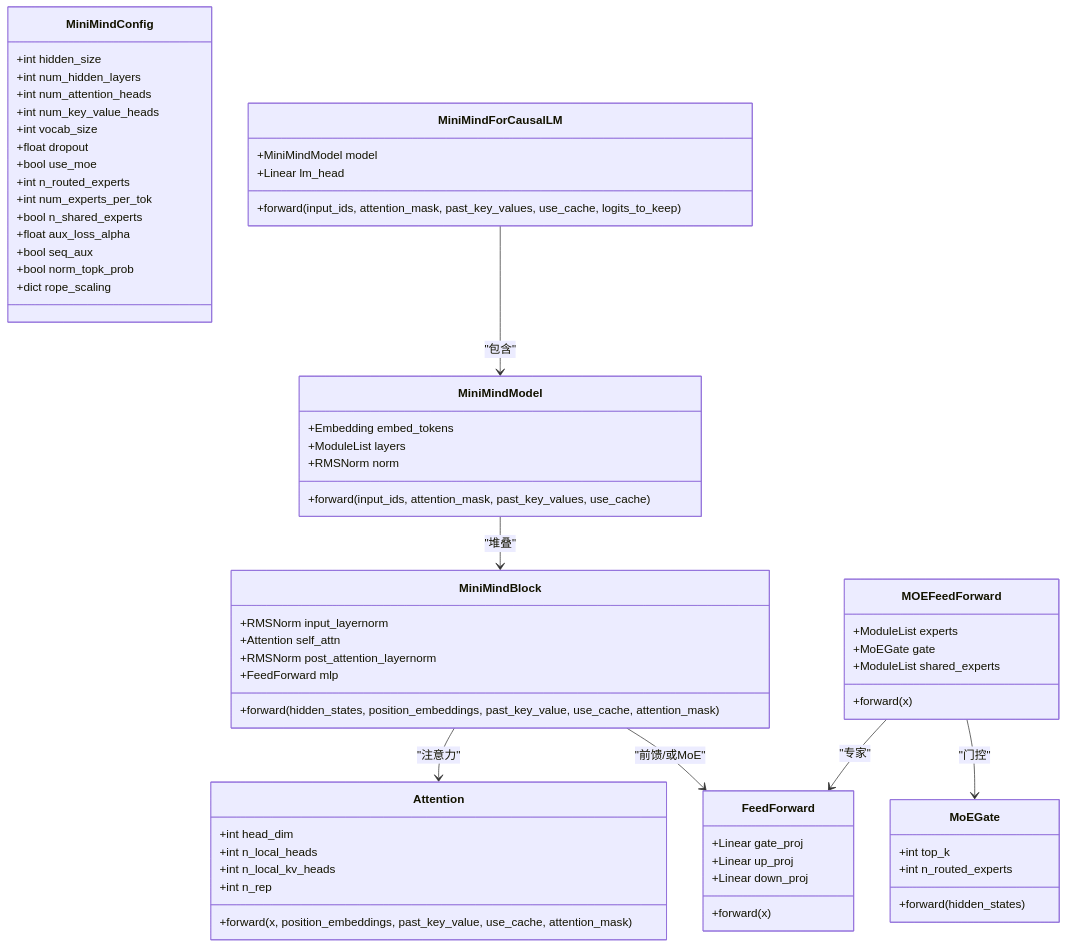
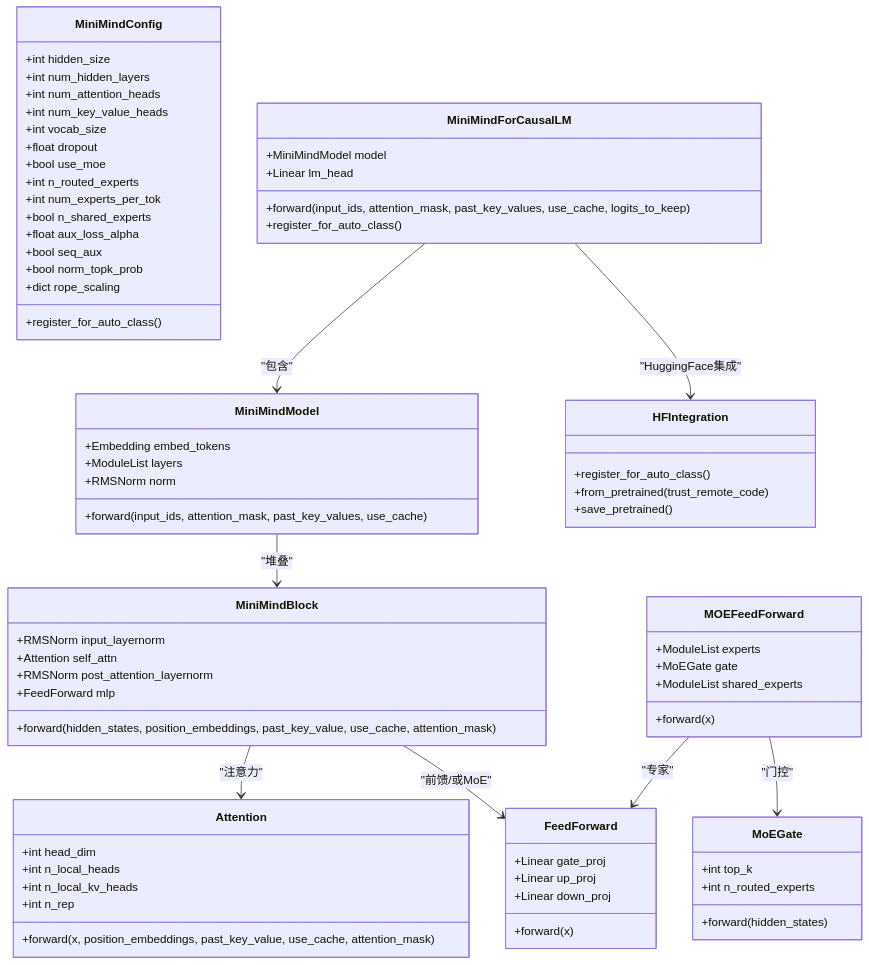
Before and after one commit to shiyukonghui/minimind: the second of 6 diagrams in .qoder/repowiki/zh/content/核心代码模块/核心代码模块.md, drawn with Mermaid. The commit also changed other lines of this file and 5 other files, not shown here.

````diff
--- a/.qoder/repowiki/zh/content/核心代码模块/核心代码模块.md
+++ b/.qoder/repowiki/zh/content/核心代码模块/核心代码模块.md
@@ -110,67 +143,75 @@
 ```mermaid
 classDiagram
 class MiniMindConfig {
 +int hidden_size
 +int num_hidden_layers
 +int num_attention_heads
 +int num_key_value_heads
 +int vocab_size
 +float dropout
 +bool use_moe
 +int n_routed_experts
 +int num_experts_per_tok
 +bool n_shared_experts
 +float aux_loss_alpha
 +bool seq_aux
 +bool norm_topk_prob
 +dict rope_scaling
++register_for_auto_class()
 }
 class MiniMindModel {
 +Embedding embed_tokens
 +ModuleList layers
 +RMSNorm norm
 +forward(input_ids, attention_mask, past_key_values, use_cache)
 }
 class MiniMindForCausalLM {
 +MiniMindModel model
 +Linear lm_head
 +forward(input_ids, attention_mask, past_key_values, use_cache, logits_to_keep)
++register_for_auto_class()
 }
 class MiniMindBlock {
 +RMSNorm input_layernorm
 +Attention self_attn
 +RMSNorm post_attention_layernorm
 +FeedForward mlp
 +forward(hidden_states, position_embeddings, past_key_value, use_cache, attention_mask)
 }
 class Attention {
 +int head_dim
 +int n_local_heads
 +int n_local_kv_heads
 +int n_rep
 +forward(x, position_embeddings, past_key_value, use_cache, attention_mask)
 }
 class FeedForward {
 +Linear gate_proj
 +Linear up_proj
 +Linear down_proj
 +forward(x)
 }
 class MoEGate {
 +int top_k
 +int n_routed_experts
 +forward(hidden_states)
 }
 class MOEFeedForward {
 +ModuleList experts
 +MoEGate gate
 +ModuleList shared_experts
 +forward(x)
 }
+class HFIntegration {
++register_for_auto_class()
++from_pretrained(trust_remote_code)
++save_pretrained()
+}
 MiniMindForCausalLM --> MiniMindModel : "包含"
 MiniMindModel --> MiniMindBlock : "堆叠"
 MiniMindBlock --> Attention : "注意力"
 MiniMindBlock --> FeedForward : "前馈/或MoE"
 MOEFeedForward --> MoEGate : "门控"
 MOEFeedForward --> FeedForward : "专家"
+MiniMindForCausalLM --> HFIntegration : "HuggingFace集成"
 ```
````
